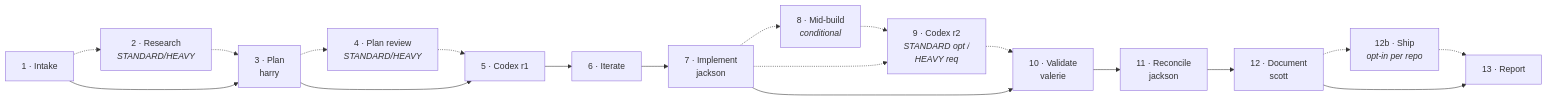
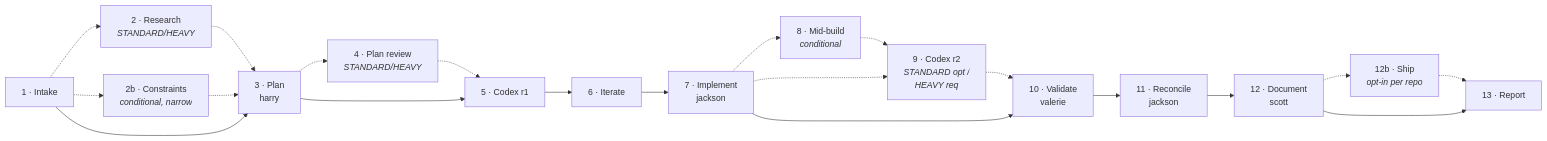
The diagram in README.md (jstuart0/mozart-orchestration), drawn with Mermaid before and after one commit. The commit also changed other lines of this file and 8 other files, not shown here.

````diff
--- a/README.md
+++ b/README.md
@@ -41,21 +41,23 @@
 ```mermaid
 flowchart LR
     A[1 · Intake] -.-> B[2 · Research<br/><i>STANDARD/HEAVY</i>]
+    A -.-> N[2b · Constraints<br/><i>conditional, narrow</i>]
     B -.-> C[3 · Plan<br/>harry]
+    N -.-> C
     A --> C
     C -.-> D[4 · Plan review<br/><i>STANDARD/HEAVY</i>]
     D -.-> E[5 · Codex r1]
     C --> E
     E --> F[6 · Iterate]
     F --> G[7 · Implement<br/>jackson]
     G -.-> H[8 · Mid-build<br/><i>conditional</i>]
     H -.-> I[9 · Codex r2<br/><i>STANDARD opt /<br/>HEAVY req</i>]
     G -.-> I
     I -.-> J[10 · Validate<br/>valerie]
     G --> J
     J --> K[11 · Reconcile<br/>jackson]
     K --> L[12 · Document<br/>scott]
     L -.-> S[12b · Ship<br/><i>opt-in per repo</i>]
     S -.-> M[13 · Report]
     L --> M
 ```
````
